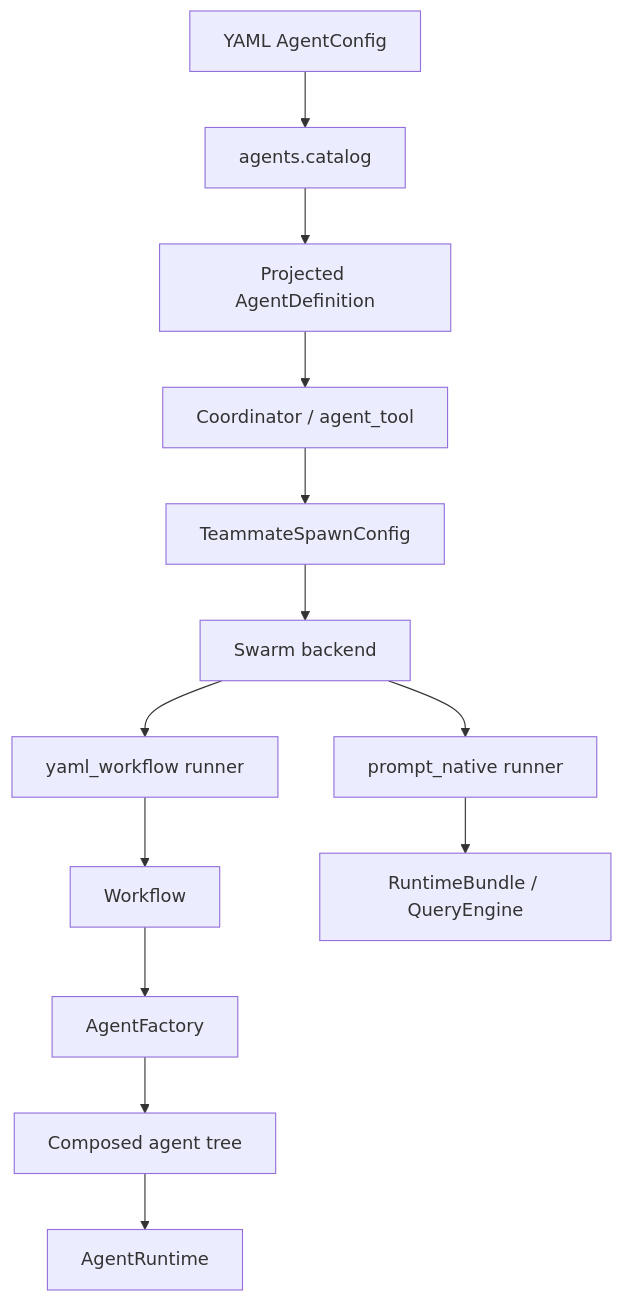
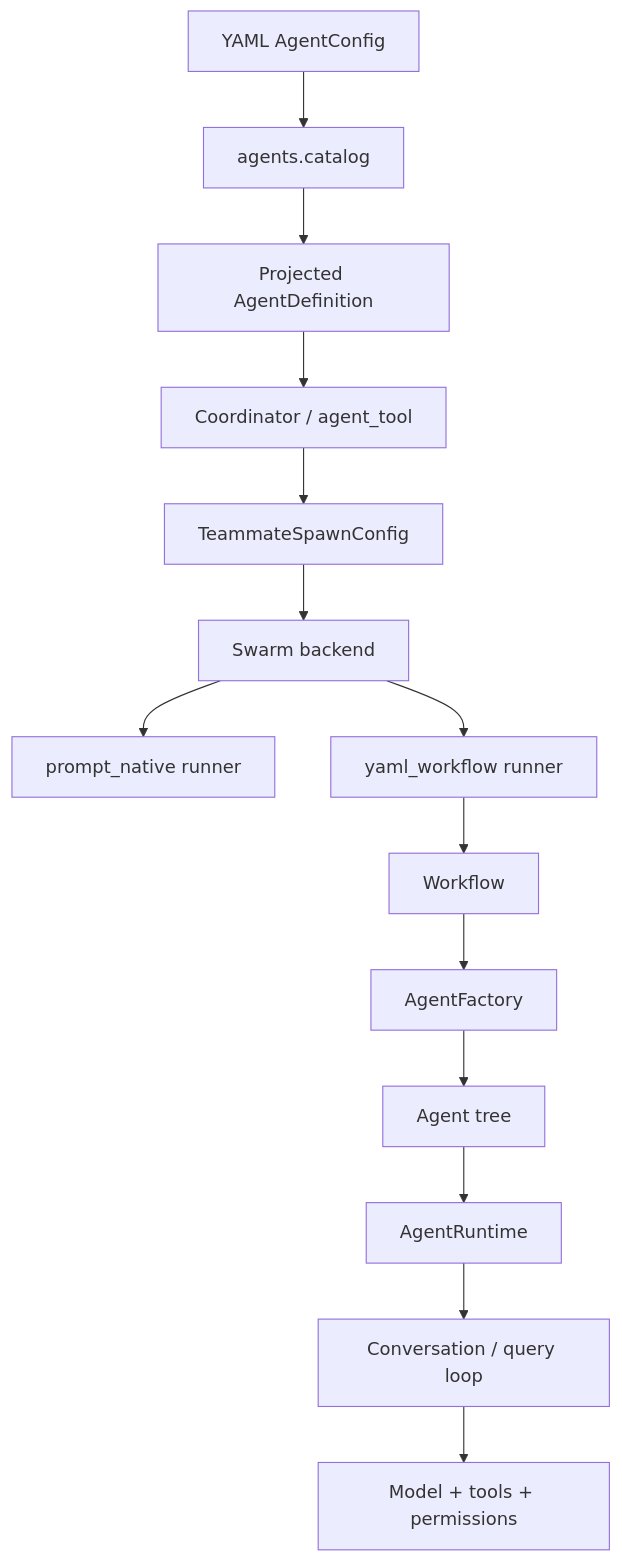
Before and after one commit to pierg/OpenHarness: the first of 4 diagrams in docs/agent-system.md, drawn with Mermaid. The commit also changed other lines of this file and 48 other files, not shown here.

````diff
--- a/docs/agent-system.md
+++ b/docs/agent-system.md
@@ -20,15 +20,16 @@
 ```mermaid
 flowchart TD
     A["YAML AgentConfig"] --> B["agents.catalog"]
     B --> C["Projected AgentDefinition"]
     C --> D["Coordinator / agent_tool"]
     D --> E["TeammateSpawnConfig"]
     E --> F["Swarm backend"]
     F --> G["prompt_native runner"]
     F --> H["yaml_workflow runner"]
     H --> I["Workflow"]
     I --> J["AgentFactory"]
-    J --> K["Composed agent tree"]
+    J --> K["Agent tree"]
     K --> L["AgentRuntime"]
-    G --> M["RuntimeBundle / QueryEngine"]
+    L --> M["Conversation / query loop"]
+    M --> N["Model + tools + permissions"]
 ```
````
